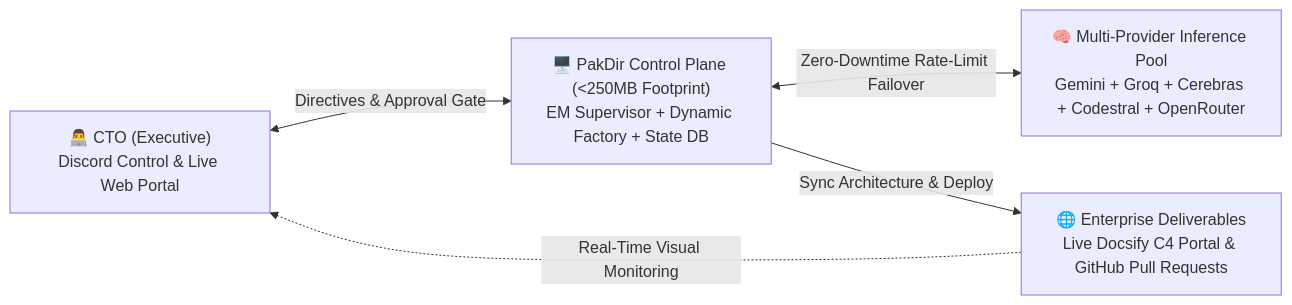
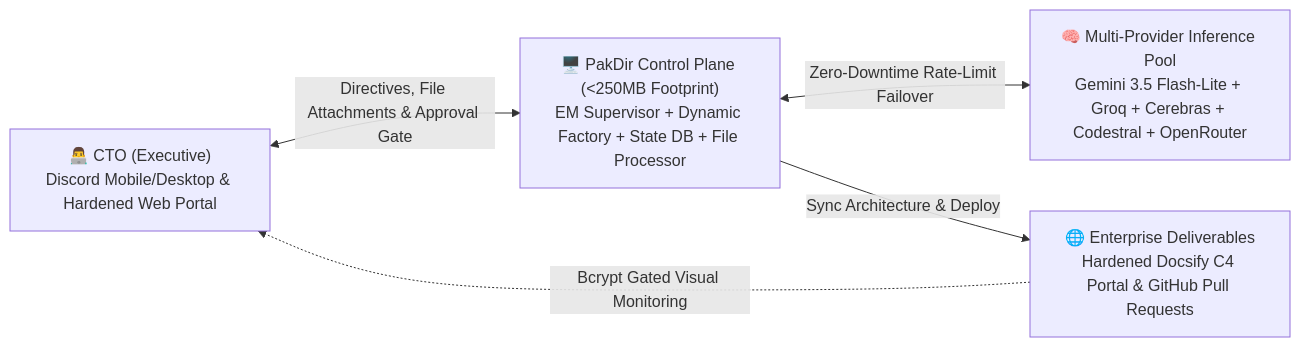
The diagram in README.md (yudhinurb/pak-dir), drawn with Mermaid before and after one commit. The commit also changed other lines of this file, not shown here.

Commit message:
docs: update README with file attachments, security hardening, and new discord commands

````diff
--- a/README.md
+++ b/README.md
@@ -29,12 +32,12 @@
 ```mermaid
 flowchart LR
-    CTO["👨‍💻 CTO (Executive)\nDiscord Control & Live Web Portal"]
-    PakDir["🖥️ PakDir Control Plane (<250MB Footprint)\nEM Supervisor + Dynamic Factory + State DB"]
-    LLMPool["🧠 Multi-Provider Inference Pool\nGemini + Groq + Cerebras + Codestral + OpenRouter"]
-    Output["🌐 Enterprise Deliverables\nLive Docsify C4 Portal & GitHub Pull Requests"]
+    CTO["👨‍💻 CTO (Executive)\nDiscord Mobile/Desktop & Hardened Web Portal"]
+    PakDir["🖥️ PakDir Control Plane (<250MB Footprint)\nEM Supervisor + Dynamic Factory + State DB + File Processor"]
+    LLMPool["🧠 Multi-Provider Inference Pool\nGemini 3.5 Flash-Lite + Groq + Cerebras + Codestral + OpenRouter"]
+    Output["🌐 Enterprise Deliverables\nHardened Docsify C4 Portal & GitHub Pull Requests"]
 
-    CTO <-->|"Directives & Approval Gate"| PakDir
+    CTO <-->|"Directives, File Attachments & Approval Gate"| PakDir
     PakDir <-->|"Zero-Downtime Rate-Limit Failover"| LLMPool
     PakDir -->|"Sync Architecture & Deploy"| Output
-    Output -.->|"Real-Time Visual Monitoring"| CTO
+    Output -.->|"Bcrypt Gated Visual Monitoring"| CTO
 ```
````
